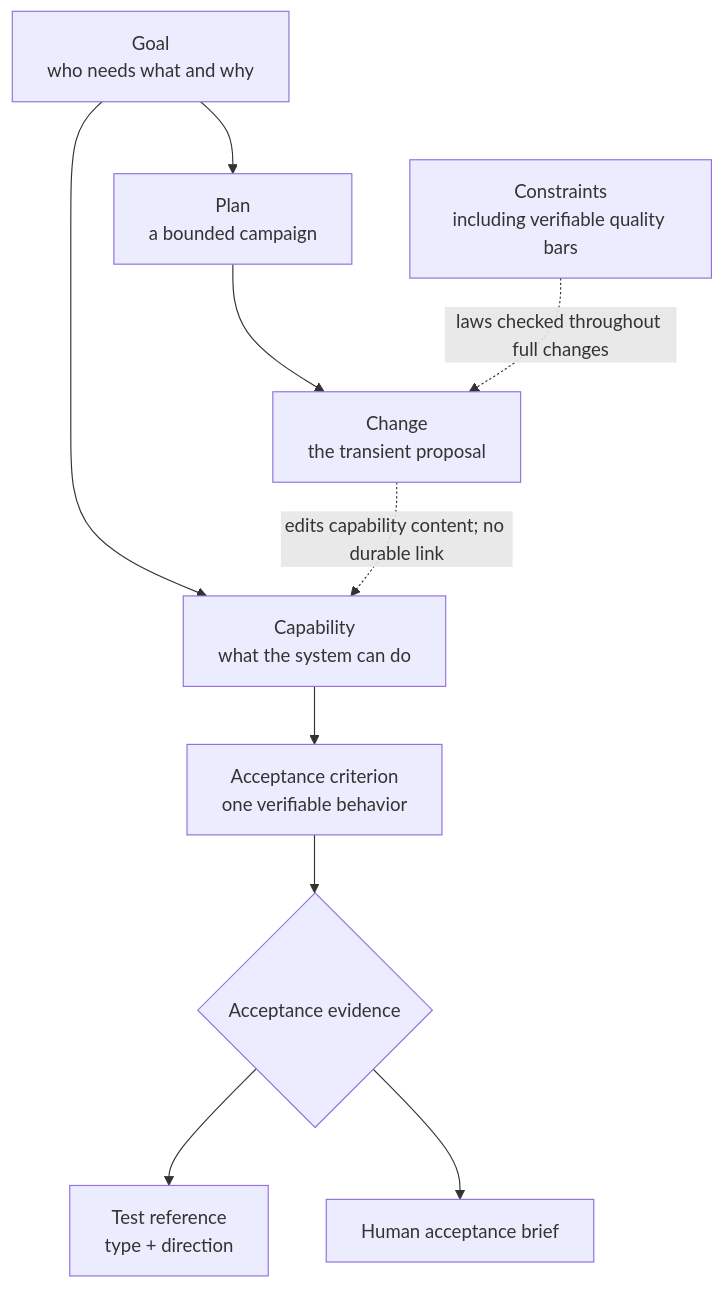
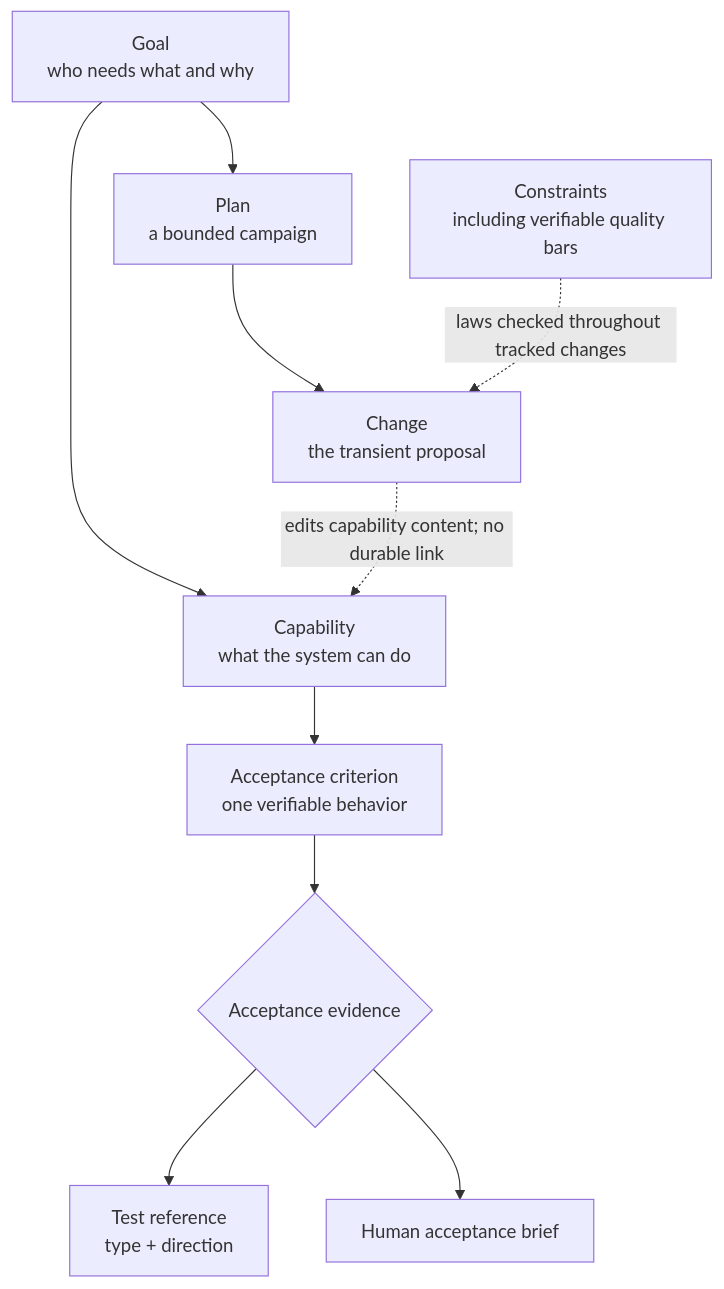
One commit to cliewen/cliewen changed the diagram in guide/methodology.md. Above: the diagram before and after it, drawn with Mermaid. The commit also changed other lines of this file and 15 other files, not shown here.

````diff
--- a/guide/methodology.md
+++ b/guide/methodology.md
@@ -5,12 +5,12 @@
 ```mermaid
 flowchart TD
     G[Goal<br/>who needs what and why] --> P[Plan<br/>a bounded campaign]
     P --> CH[Change<br/>the transient proposal]
     G --> CAP[Capability<br/>what the system can do]
     CAP --> AC[Acceptance criterion<br/>one verifiable behavior]
     AC --> E{Acceptance evidence}
     E --> T[Test reference<br/>type + direction]
     E --> H[Human acceptance brief]
-    C[Constraints<br/>including verifiable quality bars] -. laws checked throughout full changes .-> CH
+    C[Constraints<br/>including verifiable quality bars] -. laws checked throughout tracked changes .-> CH
     CH -. edits capability content; no durable link .-> CAP
 ```
````
